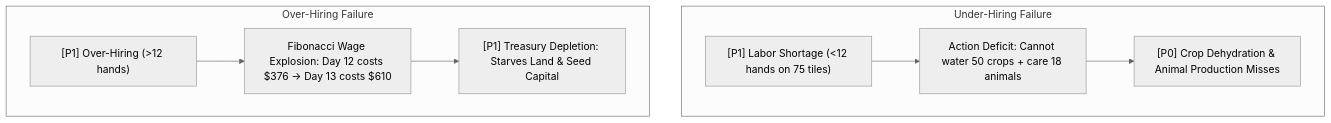
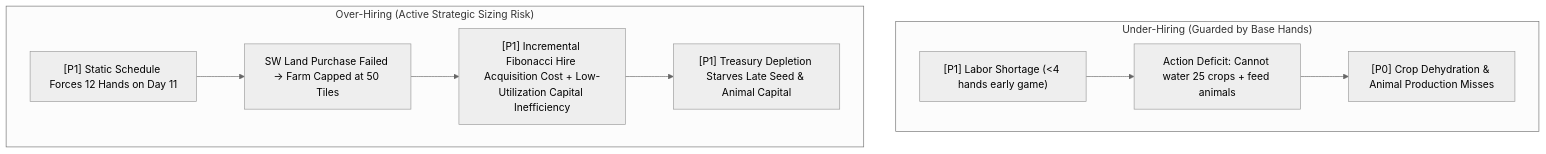
One commit to aaryasj0310-stack/farm changed the sixth of 10 diagrams in architecture/failure_propagation.md. Above: the diagram before and after it, drawn with Mermaid (neutral theme). The commit also changed other lines of this file and 242 other files, not shown here.

````diff
--- a/architecture/failure_propagation.md
+++ b/architecture/failure_propagation.md
@@ -128,17 +169,18 @@
 ```mermaid
 flowchart TD
-    subgraph UNDER_HIRE["Under-Hiring Failure"]
-        U1["[P1] Labor Shortage (<12 hands on 75 tiles)"]
-        U2["Action Deficit: Cannot water 50 crops + care 18 animals"]
+    subgraph UNDER_HIRE["Under-Hiring (Guarded by Base Hands)"]
+        U1["[P1] Labor Shortage (<4 hands early game)"]
+        U2["Action Deficit: Cannot water 25 crops + feed animals"]
         U3["[P0] Crop Dehydration & Animal Production Misses"]
     end
 
-    subgraph OVER_HIRE["Over-Hiring Failure"]
-        O1["[P1] Over-Hiring (>12 hands)"]
-        O2["Fibonacci Wage Explosion: Day 12 costs $376 -> Day 13 costs $610"]
-        O3["[P1] Treasury Depletion: Starves Land & Seed Capital"]
+    subgraph OVER_HIRE["Over-Hiring (Active Strategic Sizing Risk)"]
+        O1["[P1] Static Schedule Forces 12 Hands on Day 11"]
+        O2["SW Land Purchase Failed -> Farm Capped at 50 Tiles"]
+        O3["[P1] Incremental Fibonacci Hire Acquisition Cost + Low-Utilization Capital Inefficiency"]
+        O4["[P1] Treasury Depletion Starves Late Seed & Animal Capital"]
     end
 
     U1 --> U2 --> U3
-    O1 --> O2 --> O3
+    O1 --> O2 --> O3 --> O4
 ```
````
